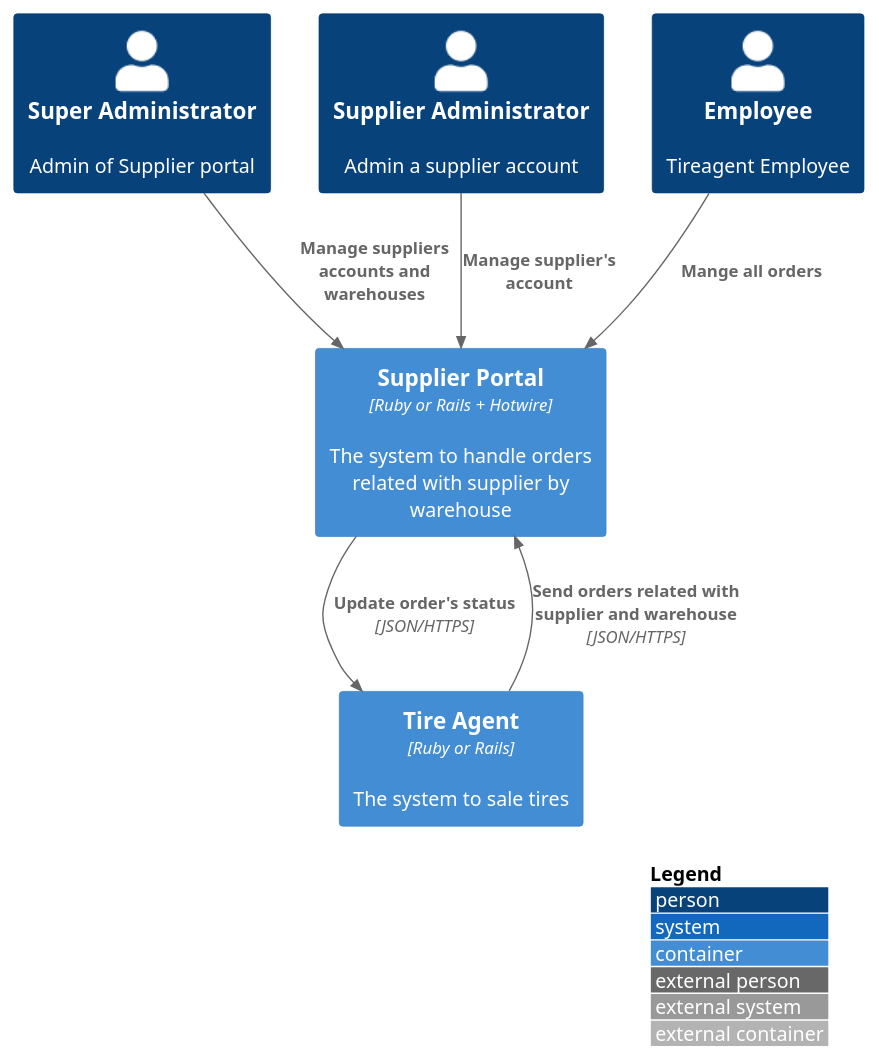
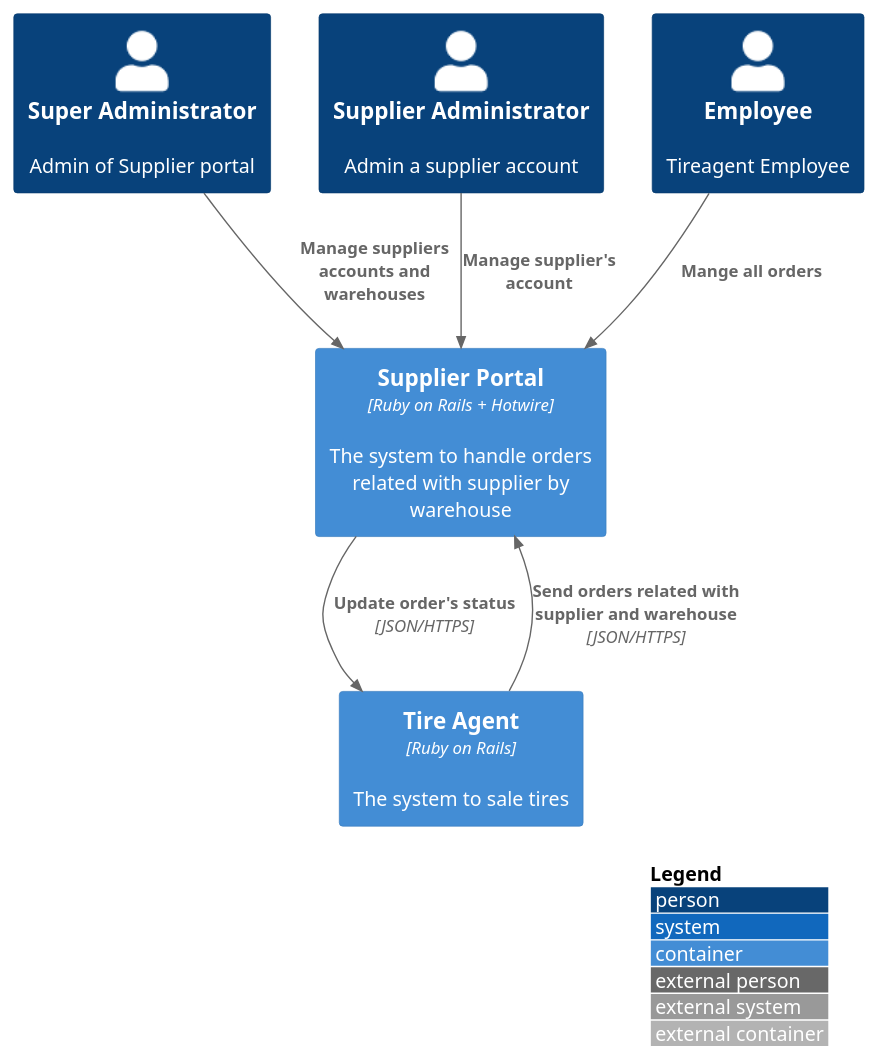
One commit to artsiomivanets/docs changed the diagram in src/1.6 Diagrams for TireAgent Supplier Portal/1.6.1 Context Diagram/context.puml. Above: the diagram before and after it, drawn with PlantUML. The commit also changed 60 other files, not shown here.

```diff
--- a/src/1.6 Diagrams for TireAgent Supplier Portal/1.6.1 Context Diagram/context.puml
+++ b/src/1.6 Diagrams for TireAgent Supplier Portal/1.6.1 Context Diagram/context.puml
@@ -1,20 +1,20 @@
 @startuml
 !include https://raw.githubusercontent.com/adrianvlupu/C4-PlantUML/latest/C4_Container.puml
 
 LAYOUT_WITH_LEGEND()
 
 Person(super_admin, "Super Administrator", "Admin of Supplier portal")
 Person(supplier_admin, "Supplier Administrator", "Admin a supplier account")
 Person(employee, "Employee", "Tireagent Employee")
 
-Container(supplier_portal, "Supplier Portal", "Ruby or Rails + Hotwire", "The system to handle orders related with supplier by warehouse")
-Container(tireagent, "Tire Agent", "Ruby or Rails", "The system to sale tires")
+Container(supplier_portal, "Supplier Portal", "Ruby on Rails + Hotwire", "The system to handle orders related with supplier by warehouse")
+Container(tireagent, "Tire Agent", "Ruby on Rails", "The system to sale tires")
 
 Rel(super_admin, supplier_portal, "Manage suppliers accounts and warehouses")
 Rel(supplier_admin, supplier_portal, "Manage supplier's account")
 Rel(employee, supplier_portal, "Mange all orders")
 
 Rel(tireagent, supplier_portal, "Send orders related with supplier and warehouse", "JSON/HTTPS")
 Rel(supplier_portal, tireagent, "Update order's status", "JSON/HTTPS")
 
 @enduml
```
